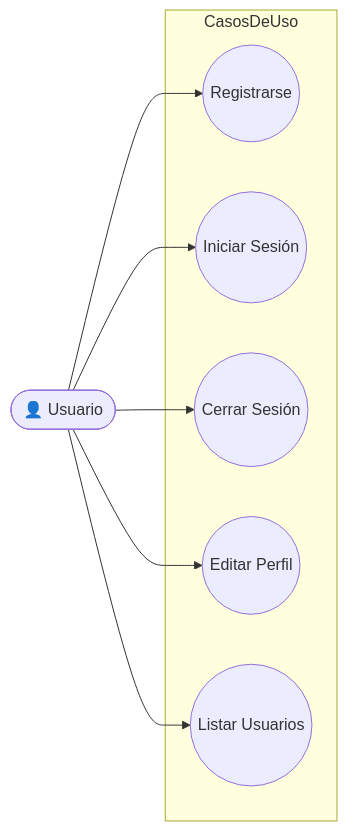
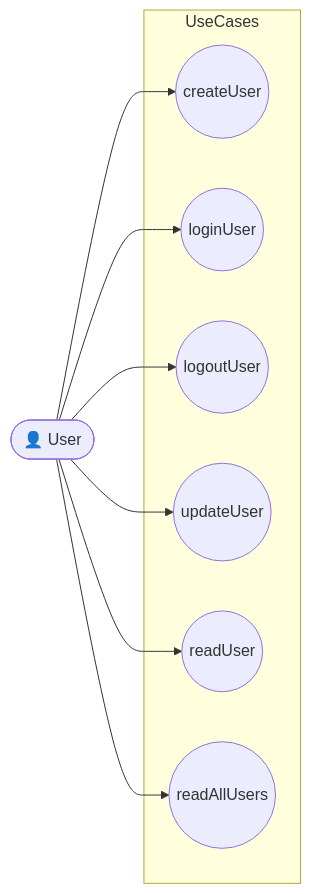
One commit to alex-boni/QuickStop changed the diagram in docs/Casos de Uso/Usuario-CU.md. Above: the diagram before and after it, drawn with Mermaid.

Commit message:
Update use case diagram with English terms

````diff
--- a/docs/Casos de Uso/Usuario-CU.md
+++ b/docs/Casos de Uso/Usuario-CU.md
@@ -1,20 +1,21 @@
 ```mermaid
 flowchart LR
-  actorUser([👤 Usuario])
+  actorUser([👤 User])
 
-  subgraph CasosDeUso
-    U1((Registrarse))
-    U2((Iniciar Sesión))
-    U3((Cerrar Sesión))
-    U4((Editar Perfil))
-    U5((Listar Usuarios))
-
+  subgraph UseCases
+    U1((createUser))
+    U2((loginUser))
+    U3((logoutUser))
+    U4((updateUser))
+    U5((readUser))
+    U6((readAllUsers))
   end
 
   actorUser --> U1
   actorUser --> U2
   actorUser --> U3
   actorUser --> U4
   actorUser --> U5
+  actorUser --> U6
 
 ```
````
